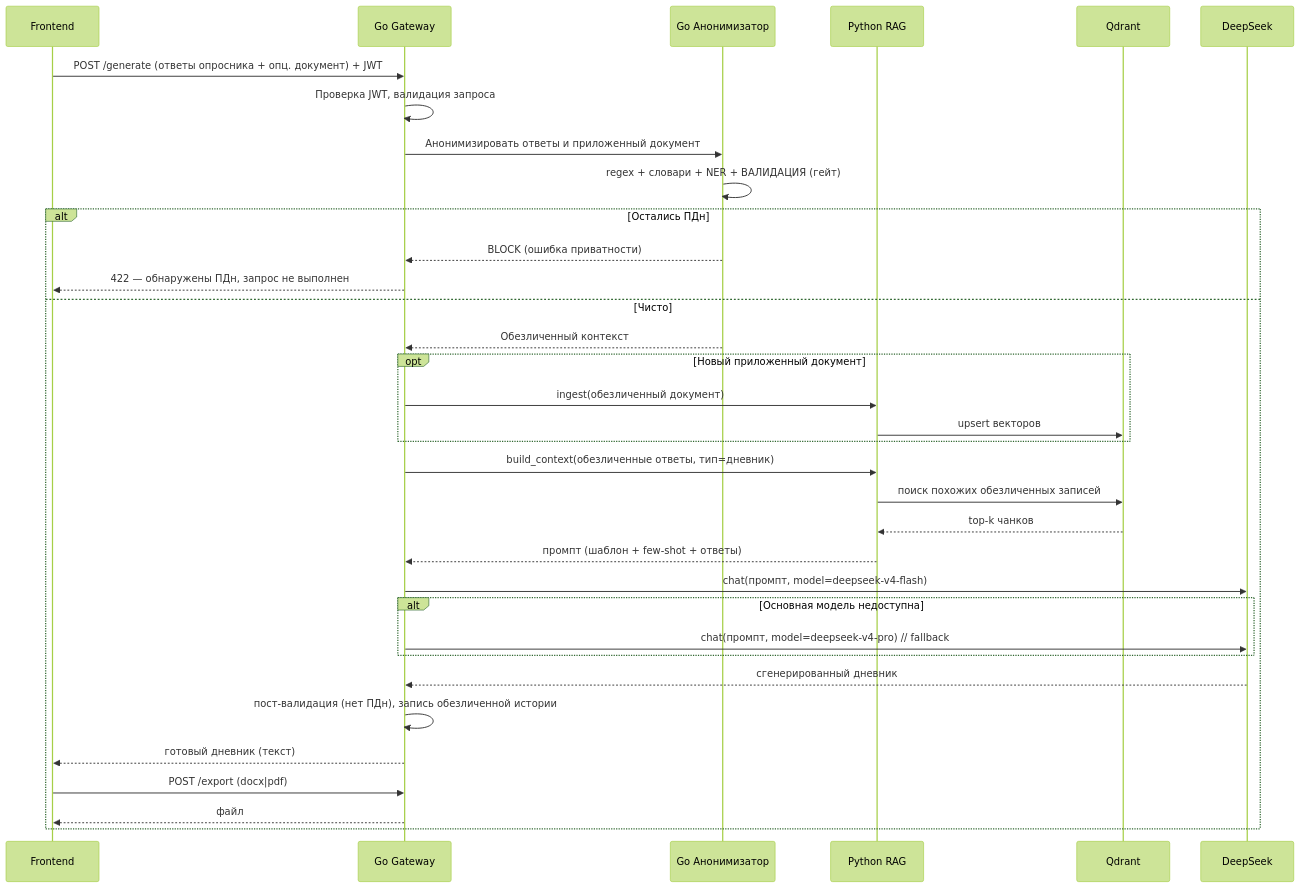
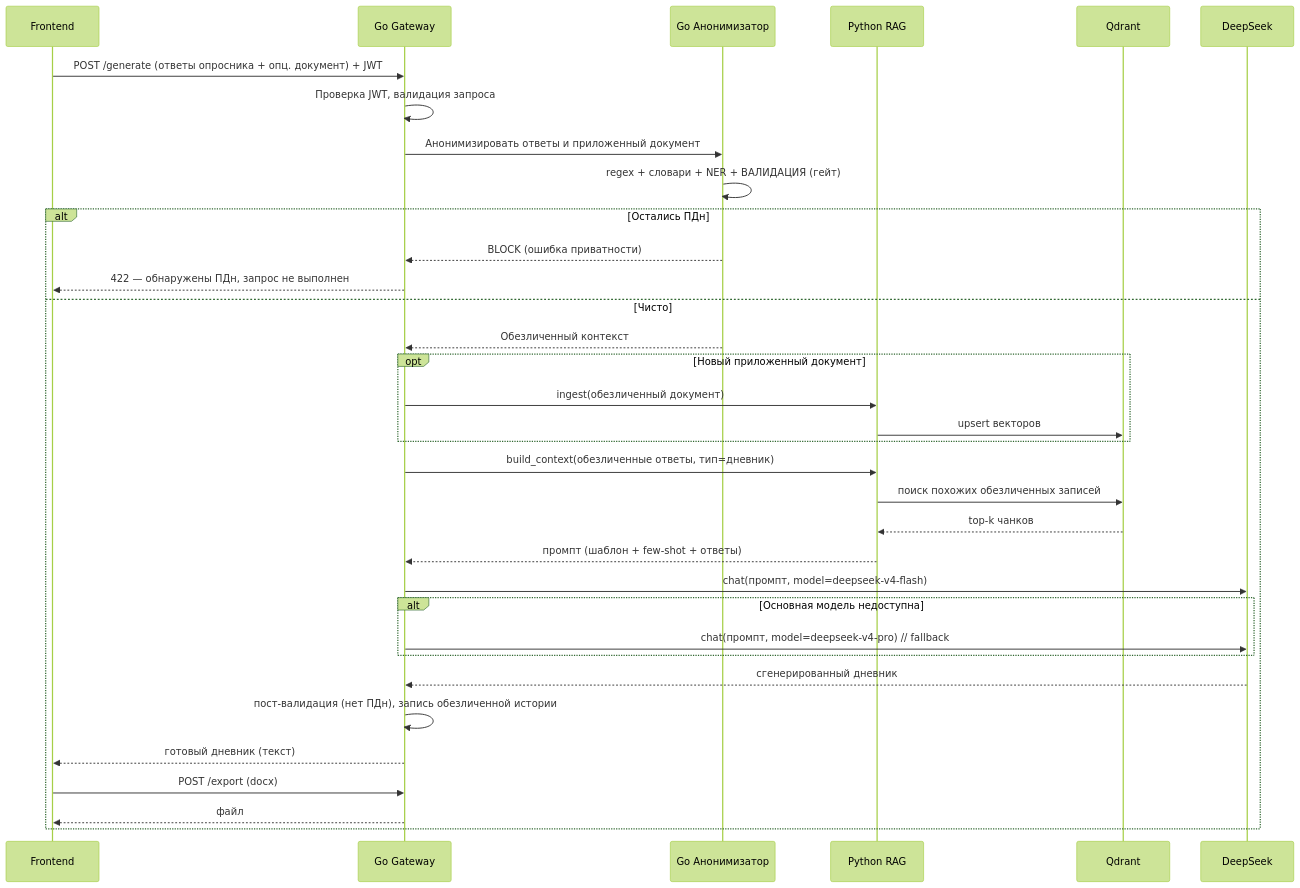
One commit to kemberl1/psynote changed the third of 5 diagrams in docs/02_system_architecture.md. Above: the diagram before and after it, drawn with Mermaid (forest theme). The commit also changed other lines of this file and 66 other files, not shown here.

````diff
--- a/docs/02_system_architecture.md
+++ b/docs/02_system_architecture.md
@@ -82,37 +82,37 @@
 ```mermaid
 sequenceDiagram
     participant FE as Frontend
     participant GW as Go Gateway
     participant AN as Go Анонимизатор
     participant RAG as Python RAG
     participant QD as Qdrant
     participant LLM as DeepSeek
 
     FE->>GW: POST /generate (ответы опросника + опц. документ) + JWT
     GW->>GW: Проверка JWT, валидация запроса
     GW->>AN: Анонимизировать ответы и приложенный документ
     AN->>AN: regex + словари + NER + ВАЛИДАЦИЯ (гейт)
     alt Остались ПДн
         AN-->>GW: BLOCK (ошибка приватности)
         GW-->>FE: 422 — обнаружены ПДн, запрос не выполнен
     else Чисто
         AN-->>GW: Обезличенный контекст
         opt Новый приложенный документ
             GW->>RAG: ingest(обезличенный документ)
             RAG->>QD: upsert векторов
         end
         GW->>RAG: build_context(обезличенные ответы, тип=дневник)
         RAG->>QD: поиск похожих обезличенных записей
         QD-->>RAG: top-k чанков
         RAG-->>GW: промпт (шаблон + few-shot + ответы)
         GW->>LLM: chat(промпт, model=deepseek-v4-flash)
         alt Основная модель недоступна
             GW->>LLM: chat(промпт, model=deepseek-v4-pro)  // fallback
         end
         LLM-->>GW: сгенерированный дневник
         GW->>GW: пост-валидация (нет ПДн), запись обезличенной истории
         GW-->>FE: готовый дневник (текст)
-        FE->>GW: POST /export (docx|pdf)
+        FE->>GW: POST /export (docx)
         GW-->>FE: файл
     end
 ```
````
